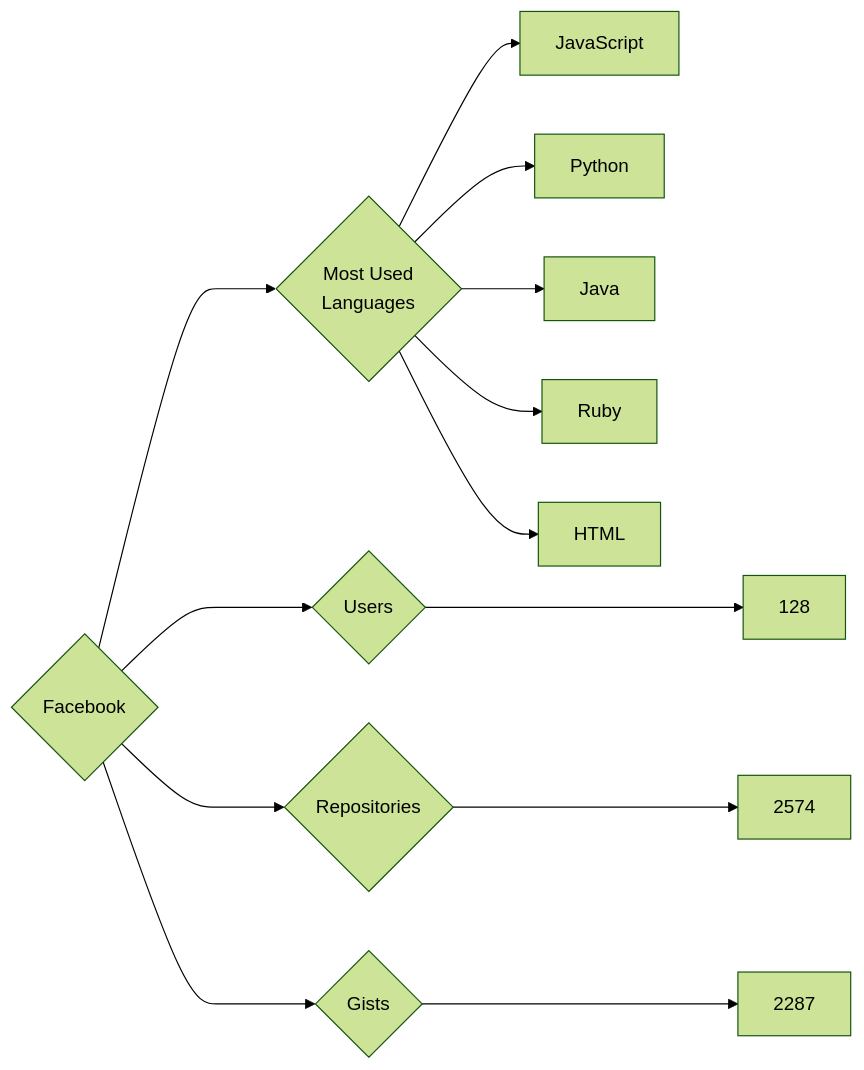
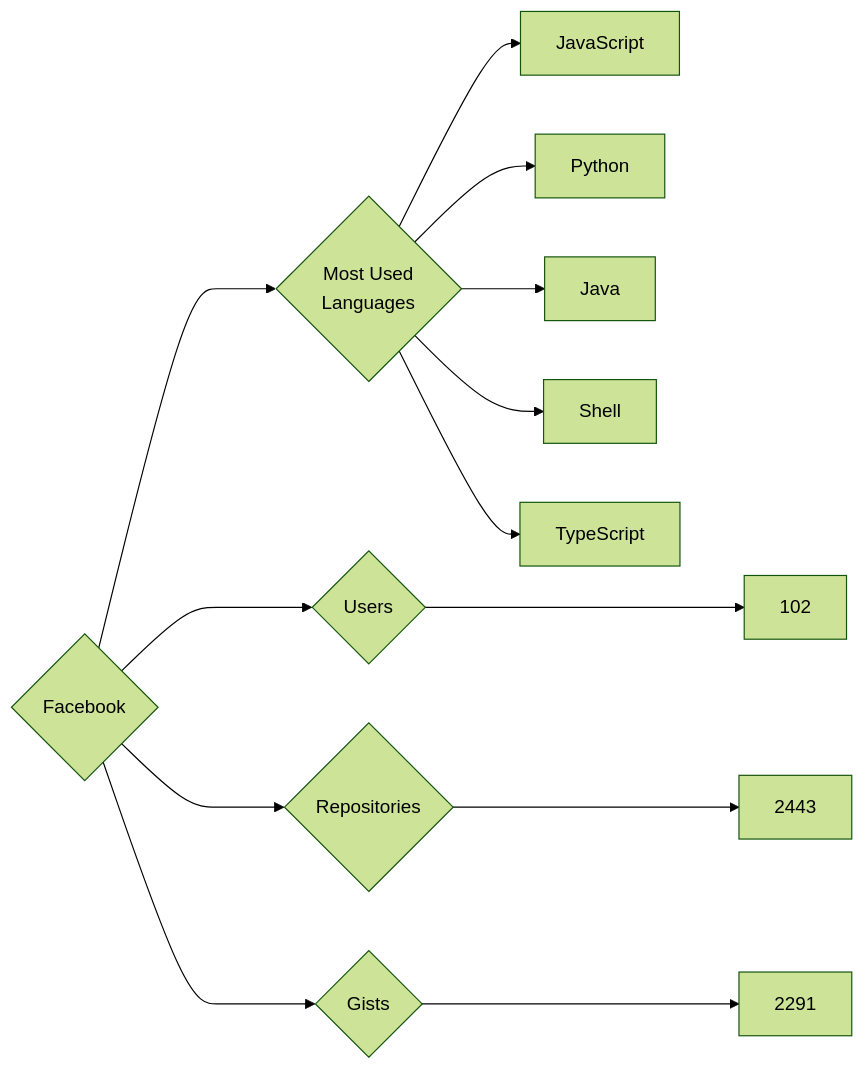
Before and after one commit to trickest/insiders: the diagram in targets/Facebook/README.md, drawn with Mermaid (forest theme). The commit also changed 611 other files, not shown here.

````diff
--- a/targets/Facebook/README.md
+++ b/targets/Facebook/README.md
@@ -3,13 +3,13 @@
 ```mermaid
 graph LR
 COMPANY_NAME{Facebook}
-COMPANY_NAME ---> U{Users} ---> UN[128]
-COMPANY_NAME ---> R{Repositories} ---> RN[2574]
-COMPANY_NAME ---> G{Gists} ---> GN[2287]
+COMPANY_NAME ---> U{Users} ---> UN[102]
+COMPANY_NAME ---> R{Repositories} ---> RN[2443]
+COMPANY_NAME ---> G{Gists} ---> GN[2291]
 COMPANY_NAME ---> ML{Most Used<br>Languages}
 ML --> JavaScript[JavaScript]
 ML --> Python[Python]
 ML --> Java[Java]
-ML --> Ruby[Ruby]
-ML --> HTML[HTML]
+ML --> Shell[Shell]
+ML --> TypeScript[TypeScript]
 ```
````
